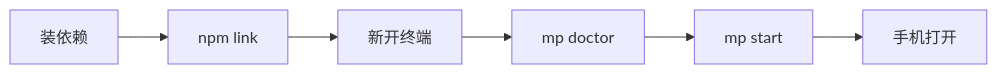
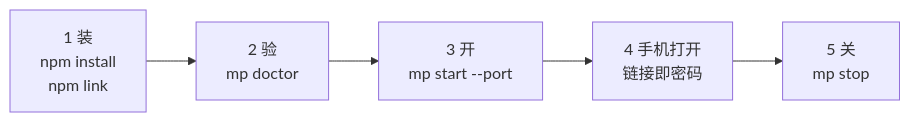
The diagram in docs/guide/quickstart.md (2440893398/mobile-preview), drawn with Mermaid before and after one commit. The commit also changed other lines of this file and 11 other files, not shown here.

First line of the commit message:
docs: 介绍页与操作页改写成图多字少，写给还没装的人

````diff
--- a/docs/guide/quickstart.md
+++ b/docs/guide/quickstart.md
@@ -26,4 +24,4 @@
 ```mermaid
 flowchart LR
-  A[装依赖] --> B[npm link] --> C[新开终端] --> D[mp doctor] --> E[mp start] --> F[手机打开]
+  A["1 装<br/>npm install<br/>npm link"] --> B["2 验<br/>mp doctor"] --> C["3 开<br/>mp start --port"] --> D["4 手机打开<br/>链接即密码"] --> E["5 关<br/>mp stop"]
 ```
````
